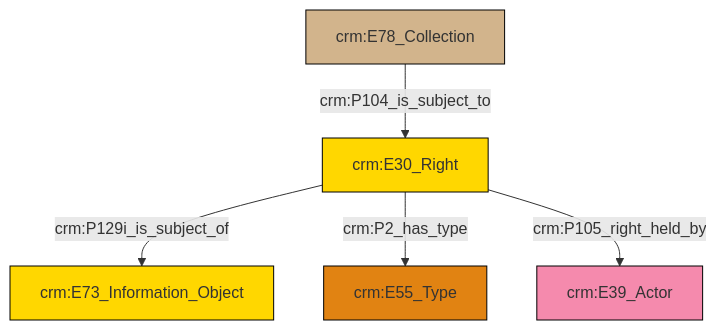
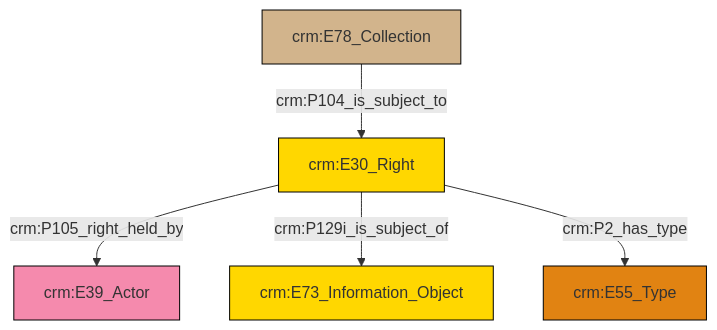
The diagram in et/archivalCSV/ttl/mmd/archival_rights.ttl.mmd (swiss-art-research-net/docs.swissartresearch), drawn with Mermaid before and after one commit. The commit also changed 175 other files, not shown here.

```diff
--- a/et/archivalCSV/ttl/mmd/archival_rights.ttl.mmd
+++ b/et/archivalCSV/ttl/mmd/archival_rights.ttl.mmd
@@ -1,19 +1,19 @@
 graph TD
 classDef Literal fill:#f2f2f2,stroke:#000000;
 classDef CRM_Entity fill:#FFFFFF,stroke:#000000;
 classDef Temporal_Entity fill:#00C9E6, stroke:#000000;
 classDef Type fill:#E18312, stroke:#000000;
 classDef Time-Span fill:#2C9C91, stroke:#000000;
 classDef Appellation fill:#FFEB7F, stroke:#000000;
 classDef Place fill:#008836, stroke:#000000;
 classDef Persistent_Item fill:#B266B2, stroke:#000000;
 classDef Conceptual_Object fill:#FFD700, stroke:#000000;
 classDef Physical_Thing fill:#D2B48C, stroke:#000000;
 classDef Actor fill:#f58aad, stroke:#000000;
 classDef PC_Classes fill:#4ce600, stroke:#000000;
 classDef Multi fill:#cccccc,stroke:#000000;
 
-0["crm:E30_Right"]:::Conceptual_Object -->|crm:P129i_is_subject_of| 1["crm:E73_Information_Object"]:::Conceptual_Object
-4["crm:E78_Collection"]:::Physical_Thing -->|crm:P104_is_subject_to| 0["crm:E30_Right"]:::Conceptual_Object
-0["crm:E30_Right"]:::Conceptual_Object -->|crm:P2_has_type| 7["crm:E55_Type"]:::Type
-0["crm:E30_Right"]:::Conceptual_Object -->|crm:P105_right_held_by| 2["crm:E39_Actor"]:::Actor
+2["crm:E30_Right"]:::Conceptual_Object -->|crm:P105_right_held_by| 3["crm:E39_Actor"]:::Actor
+2["crm:E30_Right"]:::Conceptual_Object -->|crm:P129i_is_subject_of| 0["crm:E73_Information_Object"]:::Conceptual_Object
+2["crm:E30_Right"]:::Conceptual_Object -->|crm:P2_has_type| 5["crm:E55_Type"]:::Type
+8["crm:E78_Collection"]:::Physical_Thing -->|crm:P104_is_subject_to| 2["crm:E30_Right"]:::Conceptual_Object
```
